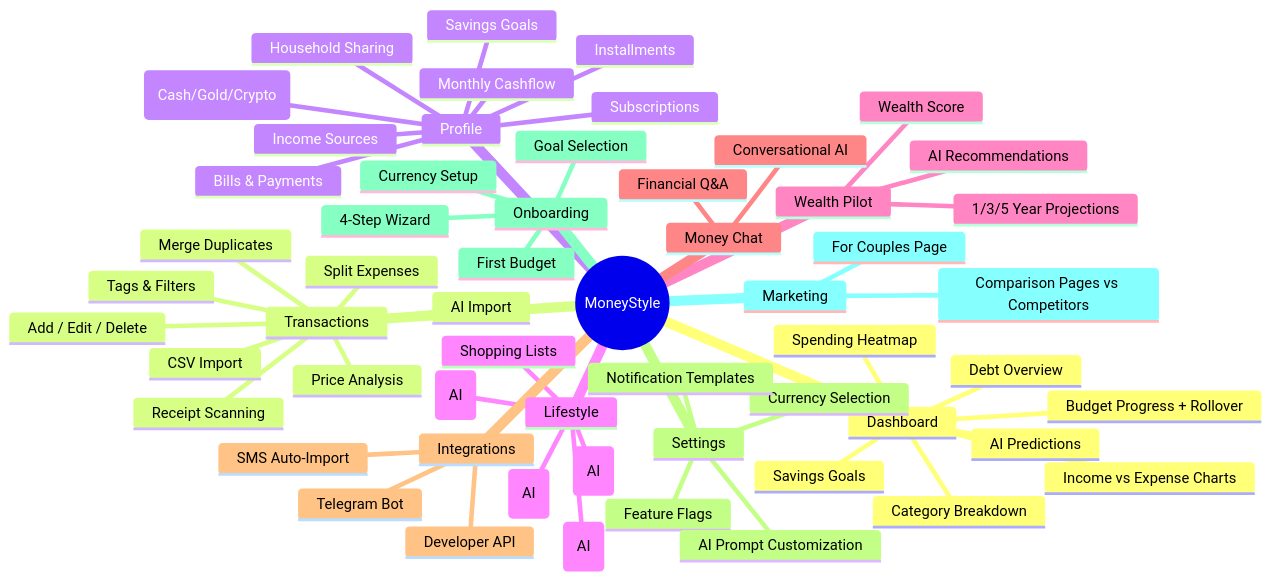
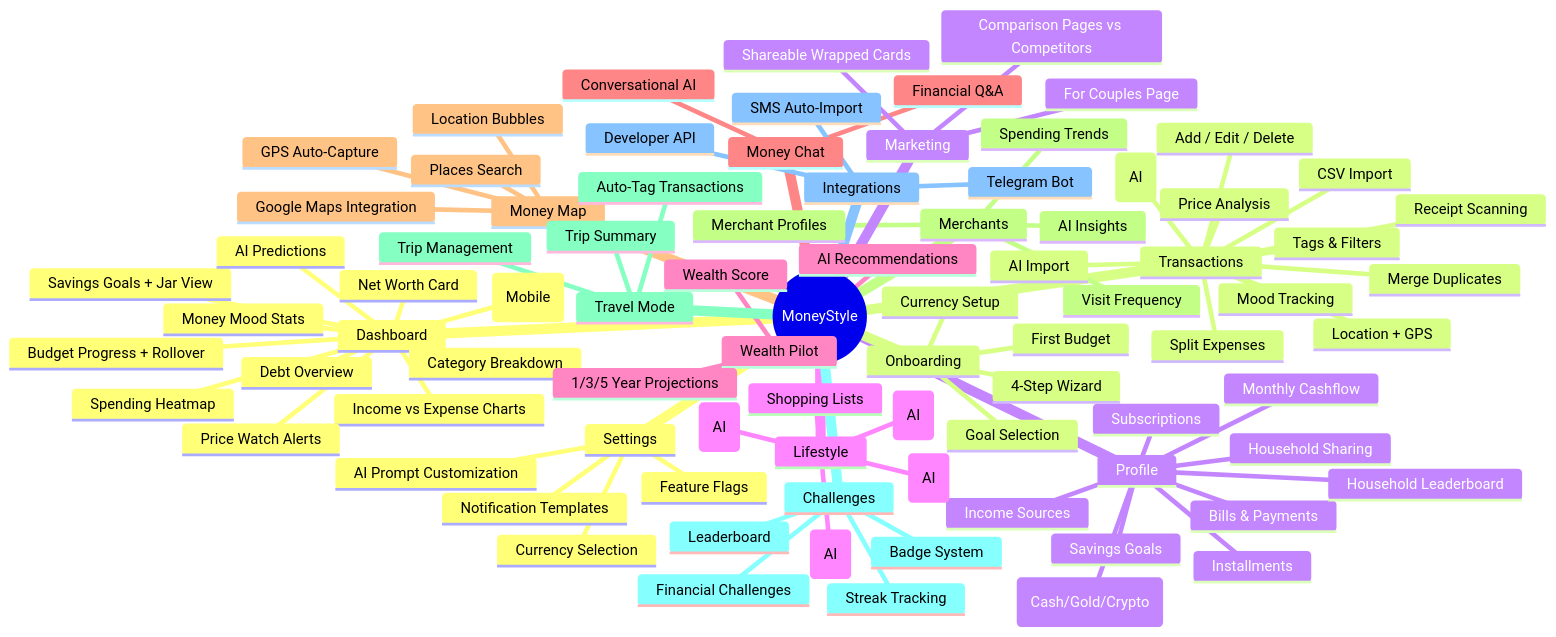
One commit to sinaghadrico/moneystyle changed diagram 11 of 30 in docs/PROJECT_DOCUMENTATION.md. Above: the diagram before and after it, drawn with Mermaid. The commit also changed other lines of this file and 1 other file, not shown here.

````diff
--- a/docs/PROJECT_DOCUMENTATION.md
+++ b/docs/PROJECT_DOCUMENTATION.md
@@ -652,18 +671,25 @@
       Spending Heatmap
       Category Breakdown
       Budget Progress + Rollover
-      Savings Goals
+      Net Worth Card
+      Savings Goals + Jar View
       Debt Overview
       AI Predictions
+      Money Mood Stats
+      Price Watch Alerts
+      Quick Actions (Mobile)
     Transactions
       Add / Edit / Delete
       Split Expenses
       Receipt Scanning
       CSV Import
       AI Import
+      Voice Transaction (AI)
       Merge Duplicates
       Tags & Filters
       Price Analysis
+      Location + GPS
+      Mood Tracking
     Profile
       Income Sources
       Monthly Cashflow
@@ -673,6 +699,7 @@
       Savings Goals
       Reserves (Cash/Gold/Crypto)
       Household Sharing
+      Household Leaderboard
     Lifestyle
       Weekend Planner (AI)
       Meal Planner (AI)
@@ -686,6 +713,25 @@
     Money Chat
       Conversational AI
       Financial Q&A
+    Money Map
+      Google Maps Integration
+      Location Bubbles
+      GPS Auto-Capture
+      Places Search
+    Merchants
+      Merchant Profiles
+      Visit Frequency
+      Spending Trends
+      AI Insights
+    Travel Mode
+      Trip Management
+      Auto-Tag Transactions
+      Trip Summary
+    Challenges
+      Financial Challenges
+      Streak Tracking
+      Badge System
+      Leaderboard
     Integrations
       Telegram Bot
       SMS Auto-Import
@@ -703,4 +749,5 @@
     Marketing
       Comparison Pages vs Competitors
       For Couples Page
+      Shareable Wrapped Cards
 ```
````
